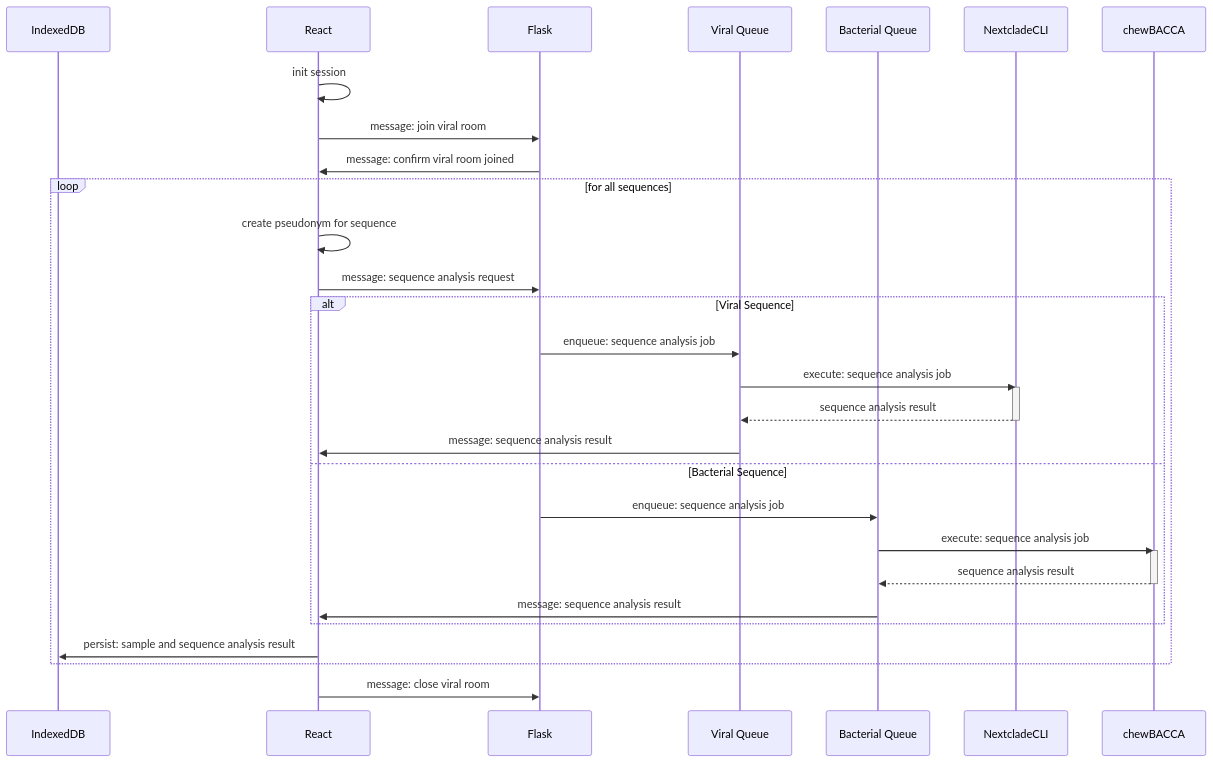
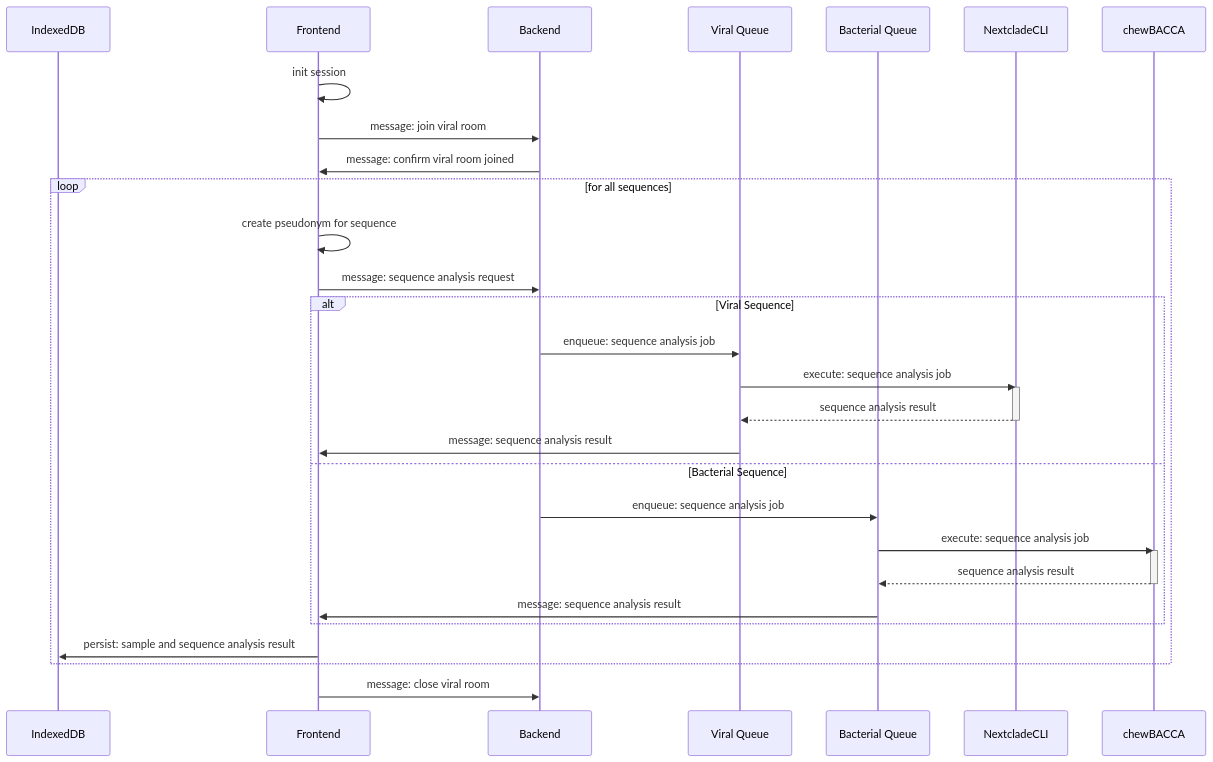
One commit to DiltheyLab/GENTRAIN changed the second of 2 diagrams in documentation/docs/developers/data_management.md. Above: the diagram before and after it, drawn with Mermaid.

Commit message:
chore: rename react and flask in docs

````diff
--- a/documentation/docs/developers/data_management.md
+++ b/documentation/docs/developers/data_management.md
@@ -75,34 +75,34 @@
 ```mermaid
 sequenceDiagram
     participant IndexedDB
-    participant React
-    participant Flask
+    participant Frontend
+    participant Backend
     participant Viral Queue
     participant Bacterial Queue
     participant NextcladeCLI
     participant chewBACCA
-    React->>React: init session
-    React->>Flask: message: join viral room
-    Flask->>React: message: confirm viral room joined
+    Frontend->>Frontend: init session
+    Frontend->>Backend: message: join viral room
+    Backend->>Frontend: message: confirm viral room joined
     loop for all sequences
-        React->>React: create pseudonym for sequence
-        React->>Flask: message: sequence analysis request
+        Frontend->>Frontend: create pseudonym for sequence
+        Frontend->>Backend: message: sequence analysis request
         alt Viral Sequence
-            Flask->>Viral Queue: enqueue: sequence analysis job
+            Backend->>Viral Queue: enqueue: sequence analysis job
             Viral Queue->>NextcladeCLI: execute: sequence analysis job
             activate NextcladeCLI
             NextcladeCLI-->>Viral Queue: sequence analysis result
             deactivate NextcladeCLI
-            Viral Queue->>React: message: sequence analysis result
+            Viral Queue->>Frontend: message: sequence analysis result
         else Bacterial Sequence
-            Flask->>Bacterial Queue: enqueue: sequence analysis job
+            Backend->>Bacterial Queue: enqueue: sequence analysis job
             Bacterial Queue->>chewBACCA: execute: sequence analysis job
             activate chewBACCA
             chewBACCA-->>Bacterial Queue: sequence analysis result
             deactivate chewBACCA 
-            Bacterial Queue->>React: message: sequence analysis result
+            Bacterial Queue->>Frontend: message: sequence analysis result
         end  
-        React->>IndexedDB: persist: sample and sequence analysis result
+        Frontend->>IndexedDB: persist: sample and sequence analysis result
     end
-    React->>Flask: message: close viral room
+    Frontend->>Backend: message: close viral room
 ```
````
